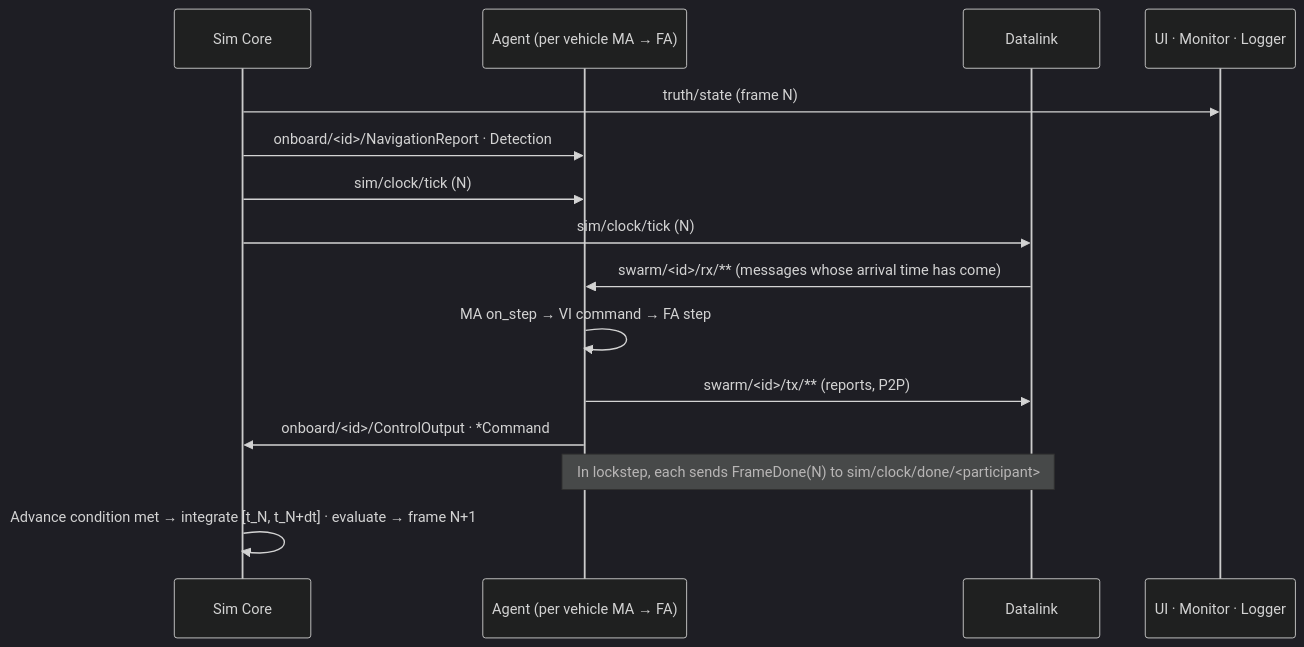
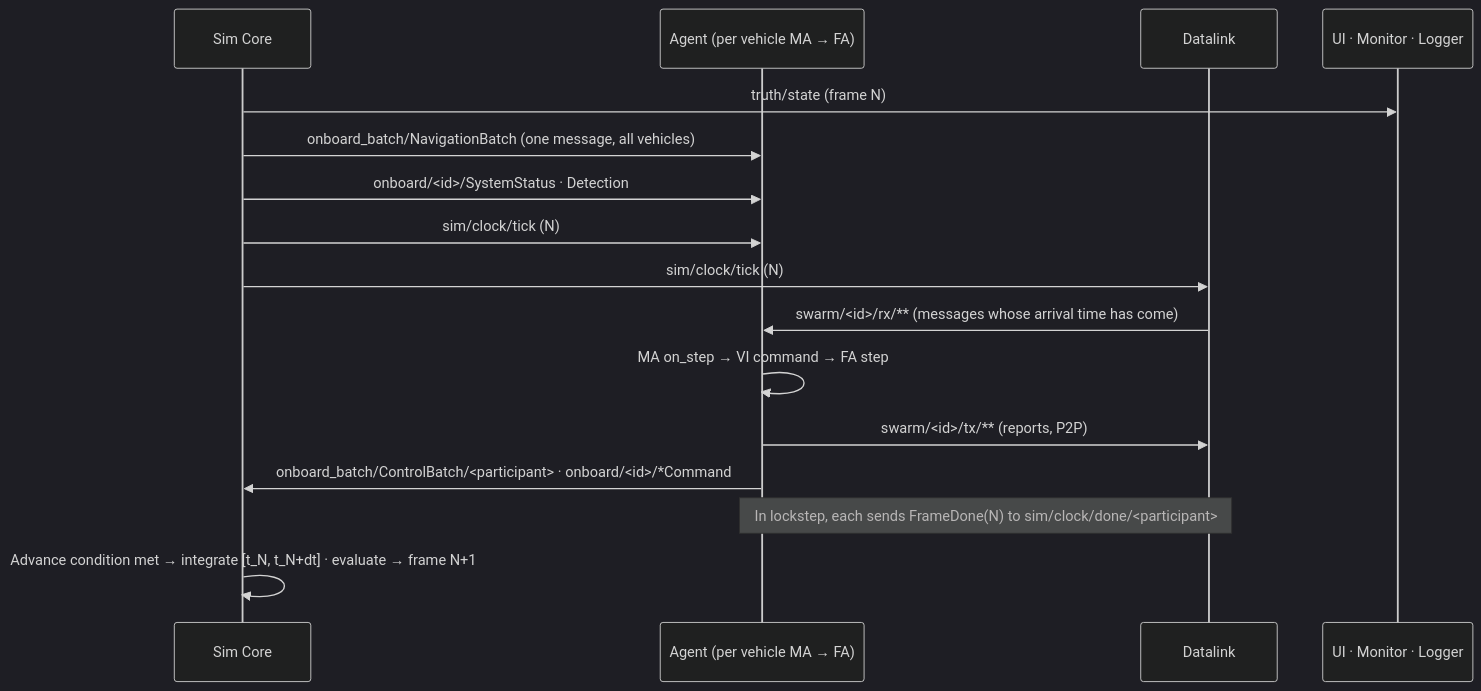
The second of 2 diagrams in docs/en/40_overview.md (Kimbyung-wook/SwarmFlSim), drawn with Mermaid (dark theme) before and after one commit. The commit also changed other lines of this file and 34 other files, not shown here.

````diff
--- a/docs/en/40_overview.md
+++ b/docs/en/40_overview.md
@@ -81,17 +81,18 @@
 ```mermaid
 sequenceDiagram
     participant CO as Sim Core
     participant AG as Agent (per vehicle MA → FA)
     participant DL as Datalink
     participant OB as UI · Monitor · Logger
     CO->>OB: truth/state (frame N)
-    CO->>AG: onboard/<id>/NavigationReport · Detection
+    CO->>AG: onboard_batch/NavigationBatch (one message, all vehicles)
+    CO->>AG: onboard/<id>/SystemStatus · Detection
     CO->>AG: sim/clock/tick (N)
     CO->>DL: sim/clock/tick (N)
     DL->>AG: swarm/<id>/rx/** (messages whose arrival time has come)
     AG->>AG: MA on_step → VI command → FA step
     AG->>DL: swarm/<id>/tx/** (reports, P2P)
-    AG->>CO: onboard/<id>/ControlOutput · *Command
+    AG->>CO: onboard_batch/ControlBatch/<participant> · onboard/<id>/*Command
     Note over AG,DL: In lockstep, each sends FrameDone(N) to sim/clock/done/<participant>
     CO->>CO: Advance condition met → integrate [t_N, t_N+dt] · evaluate → frame N+1
 ```
````
